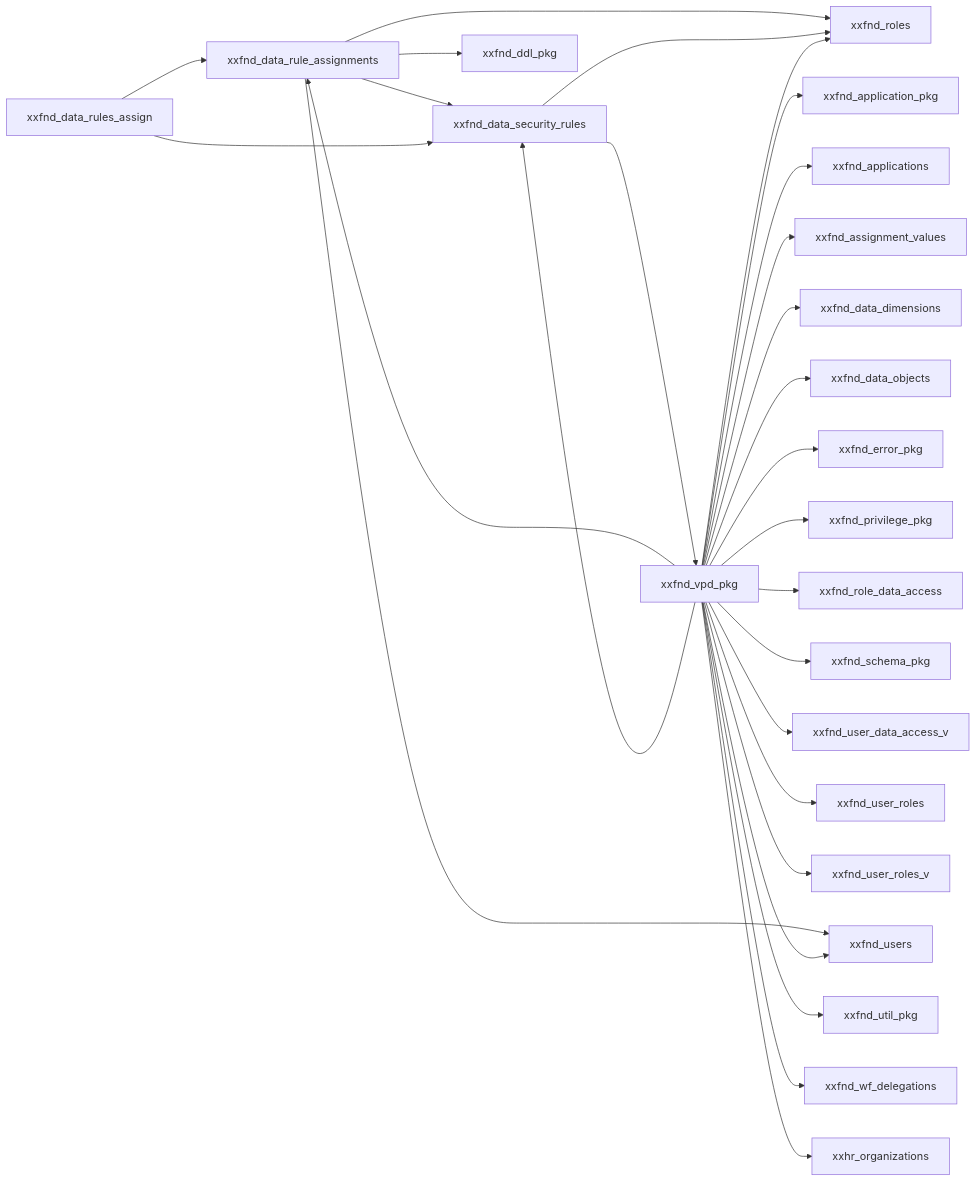
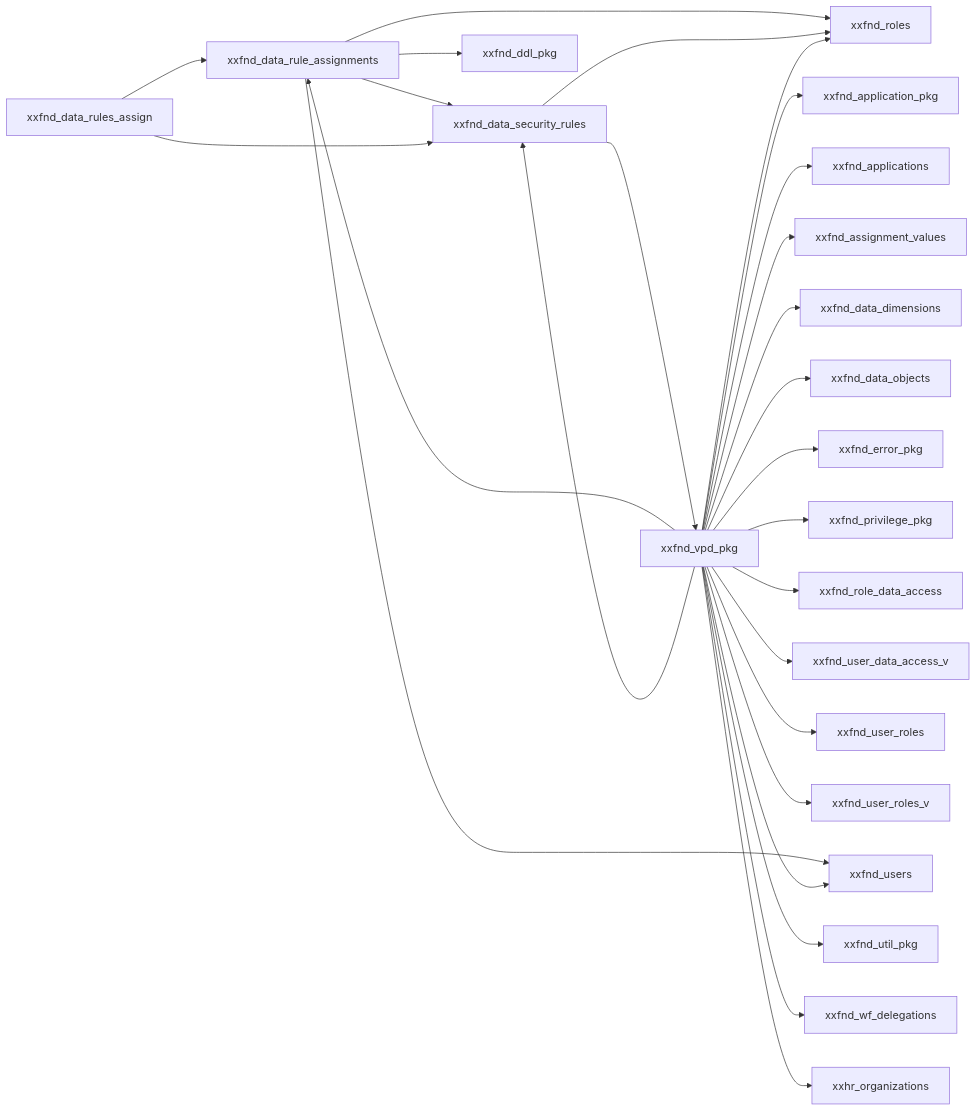
Before and after one commit to mazharr-hussain/KycReport: the diagram in repos/common/db/deploy/diagrams/data-security.md, drawn with Mermaid. The commit also changed 524 other files, not shown here.

````diff
--- a/repos/common/db/deploy/diagrams/data-security.md
+++ b/repos/common/db/deploy/diagrams/data-security.md
@@ -3,30 +3,29 @@
 ```mermaid
 graph LR
     xxfnd_data_rule_assignments --> xxfnd_data_security_rules
     xxfnd_data_rule_assignments --> xxfnd_ddl_pkg
     xxfnd_data_rule_assignments --> xxfnd_roles
     xxfnd_data_rule_assignments --> xxfnd_users
     xxfnd_data_rules_assign --> xxfnd_data_rule_assignments
     xxfnd_data_rules_assign --> xxfnd_data_security_rules
     xxfnd_data_security_rules --> xxfnd_roles
     xxfnd_data_security_rules --> xxfnd_vpd_pkg
     xxfnd_vpd_pkg --> xxfnd_application_pkg
     xxfnd_vpd_pkg --> xxfnd_applications
     xxfnd_vpd_pkg --> xxfnd_assignment_values
     xxfnd_vpd_pkg --> xxfnd_data_dimensions
     xxfnd_vpd_pkg --> xxfnd_data_objects
     xxfnd_vpd_pkg --> xxfnd_data_rule_assignments
     xxfnd_vpd_pkg --> xxfnd_data_security_rules
     xxfnd_vpd_pkg --> xxfnd_error_pkg
     xxfnd_vpd_pkg --> xxfnd_privilege_pkg
     xxfnd_vpd_pkg --> xxfnd_role_data_access
     xxfnd_vpd_pkg --> xxfnd_roles
-    xxfnd_vpd_pkg --> xxfnd_schema_pkg
     xxfnd_vpd_pkg --> xxfnd_user_data_access_v
     xxfnd_vpd_pkg --> xxfnd_user_roles
     xxfnd_vpd_pkg --> xxfnd_user_roles_v
     xxfnd_vpd_pkg --> xxfnd_users
     xxfnd_vpd_pkg --> xxfnd_util_pkg
     xxfnd_vpd_pkg --> xxfnd_wf_delegations
     xxfnd_vpd_pkg --> xxhr_organizations
 ```
````
